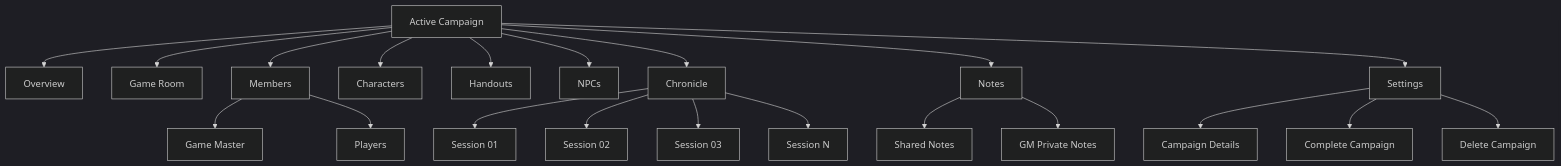
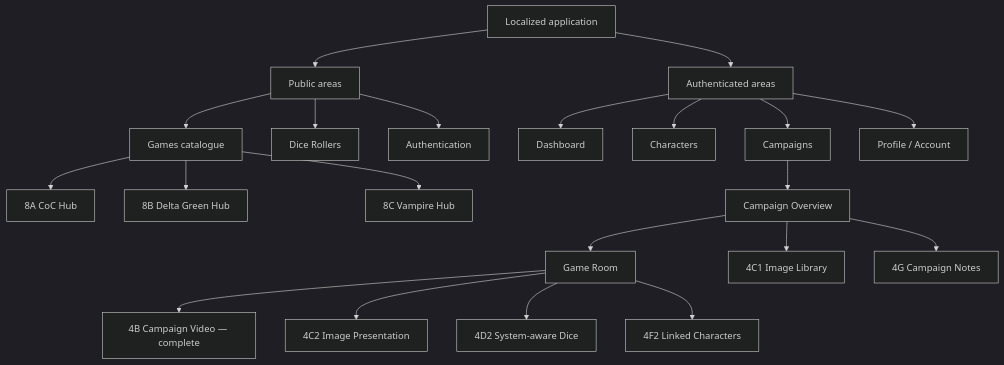
One commit to Andrey-0101/ttrpg-website changed the diagram in docs/product/SITE_MAP_TARGET.md. Above: the diagram before and after it, drawn with Mermaid (dark theme). The commit also changed other lines of this file and 21 other files, not shown here.

Commit message:
docs: align roadmap with core play phases (#38)

````diff
--- a/docs/product/SITE_MAP_TARGET.md
+++ b/docs/product/SITE_MAP_TARGET.md
@@ -131,29 +17,23 @@
 ```mermaid
 flowchart TD
-    CAMPAIGN["Active Campaign"]
-
-    CAMPAIGN --> OVERVIEW["Overview"]
+    ROOT["Localized application"] --> PUBLIC["Public areas"]
+    ROOT --> PRIVATE["Authenticated areas"]
+    PUBLIC --> GAMES["Games catalogue"]
+    PUBLIC --> DICE["Dice Rollers"]
+    PUBLIC --> AUTH["Authentication"]
+    PRIVATE --> DASHBOARD["Dashboard"]
+    PRIVATE --> CHARACTERS["Characters"]
+    PRIVATE --> CAMPAIGNS["Campaigns"]
+    PRIVATE --> ACCOUNT["Profile / Account"]
+    CAMPAIGNS --> CAMPAIGN["Campaign Overview"]
     CAMPAIGN --> GAME_ROOM["Game Room"]
-    CAMPAIGN --> MEMBERS["Members"]
-    CAMPAIGN --> CHARACTERS["Characters"]
-    CAMPAIGN --> HANDOUTS["Handouts"]
-    CAMPAIGN --> NPCS["NPCs"]
-    CAMPAIGN --> CHRONICLE["Chronicle"]
-    CAMPAIGN --> NOTES["Notes"]
-    CAMPAIGN --> SETTINGS["Settings"]
-
-    MEMBERS --> GM["Game Master"]
-    MEMBERS --> PLAYERS["Players"]
-
-    CHRONICLE --> SESSION_01["Session 01"]
-    CHRONICLE --> SESSION_02["Session 02"]
-    CHRONICLE --> SESSION_03["Session 03"]
-    CHRONICLE --> SESSION_N["Session N"]
-
-    NOTES --> SHARED_NOTES["Shared Notes"]
-    NOTES --> GM_NOTES["GM Private Notes"]
-
-    SETTINGS --> CAMPAIGN_DETAILS["Campaign Details"]
-    SETTINGS --> COMPLETE_CAMPAIGN["Complete Campaign"]
-    SETTINGS --> DELETE_CAMPAIGN["Delete Campaign"]
+    CAMPAIGN --> IMAGE_LIBRARY["4C1 Image Library"]
+    GAME_ROOM --> VIDEO["4B Campaign Video — complete"]
+    GAME_ROOM --> IMAGE_DISPLAY["4C2 Image Presentation"]
+    GAME_ROOM --> SYSTEM_DICE["4D2 System-aware Dice"]
+    GAME_ROOM --> LINKED_CHARACTERS["4F2 Linked Characters"]
+    CAMPAIGN --> NOTES["4G Campaign Notes"]
+    GAMES --> COC_HUB["8A CoC Hub"]
+    GAMES --> DG_HUB["8B Delta Green Hub"]
+    GAMES --> VAMPIRE_HUB["8C Vampire Hub"]
 ```
````
